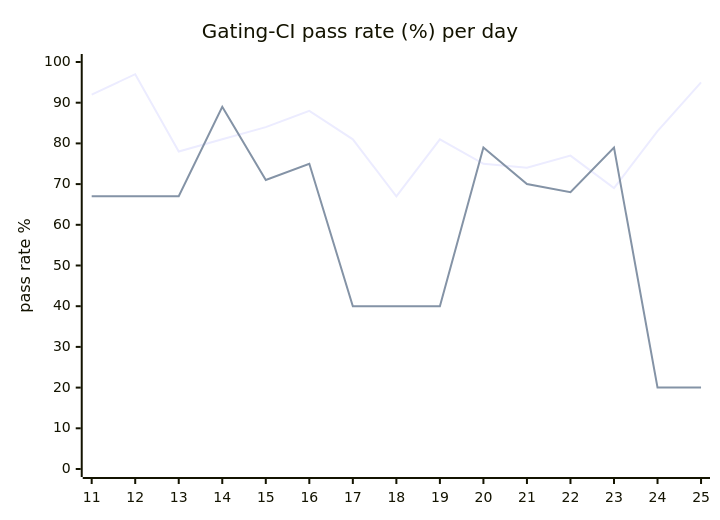
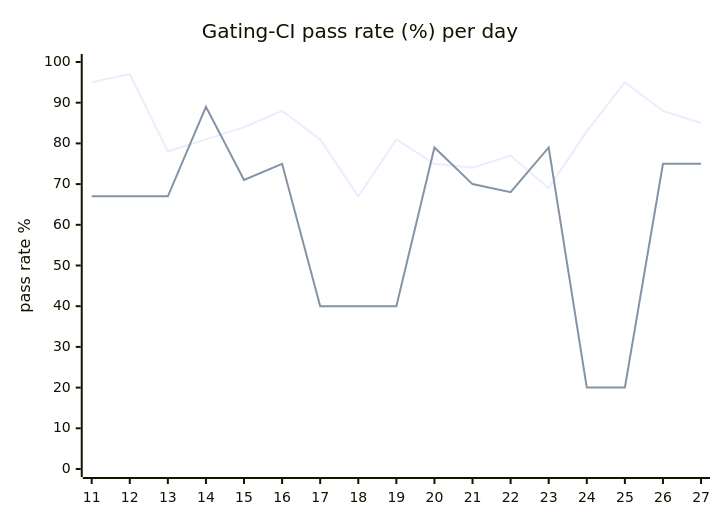
One commit to hatchet-dev/hatchet changed the diagram in hack/ci/ci-dashboard/staging/issue.md. Above: the diagram before and after it, drawn with Mermaid. The commit also changed other lines of this file, not shown here.

````diff
--- a/hack/ci/ci-dashboard/staging/issue.md
+++ b/hack/ci/ci-dashboard/staging/issue.md
@@ -9,8 +9,8 @@
 ```mermaid
 xychart-beta
   title "Gating-CI pass rate (%) per day"
-  x-axis [11, 12, 13, 14, 15, 16, 17, 18, 19, 20, 21, 22, 23, 24, 25]
+  x-axis [11, 12, 13, 14, 15, 16, 17, 18, 19, 20, 21, 22, 23, 24, 25, 26, 27]
   y-axis "pass rate %" 0 --> 100
-  line "CI" [92, 97, 78, 81, 84, 88, 81, 67, 81, 75, 74, 77, 69, 83, 95]
-  line "main" [67, 67, 67, 89, 71, 75, 40, 40, 40, 79, 70, 68, 79, 20, 20]
+  line "CI" [95, 97, 78, 81, 84, 88, 81, 67, 81, 75, 74, 77, 69, 83, 95, 88, 85]
+  line "main" [67, 67, 67, 89, 71, 75, 40, 40, 40, 79, 70, 68, 79, 20, 20, 75, 75]
 ```
````
